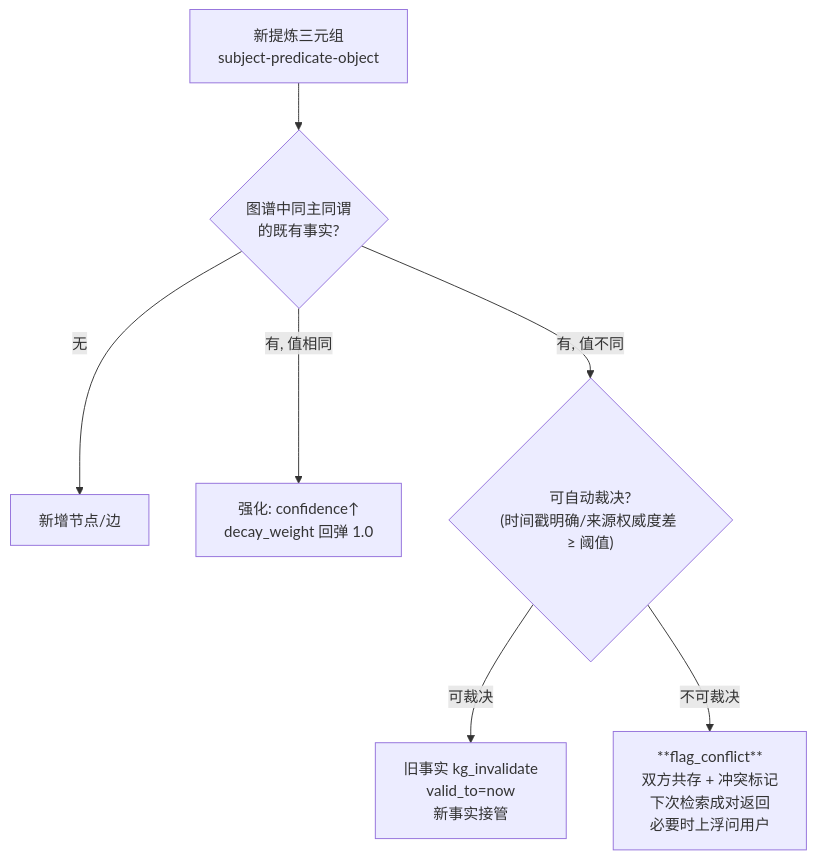
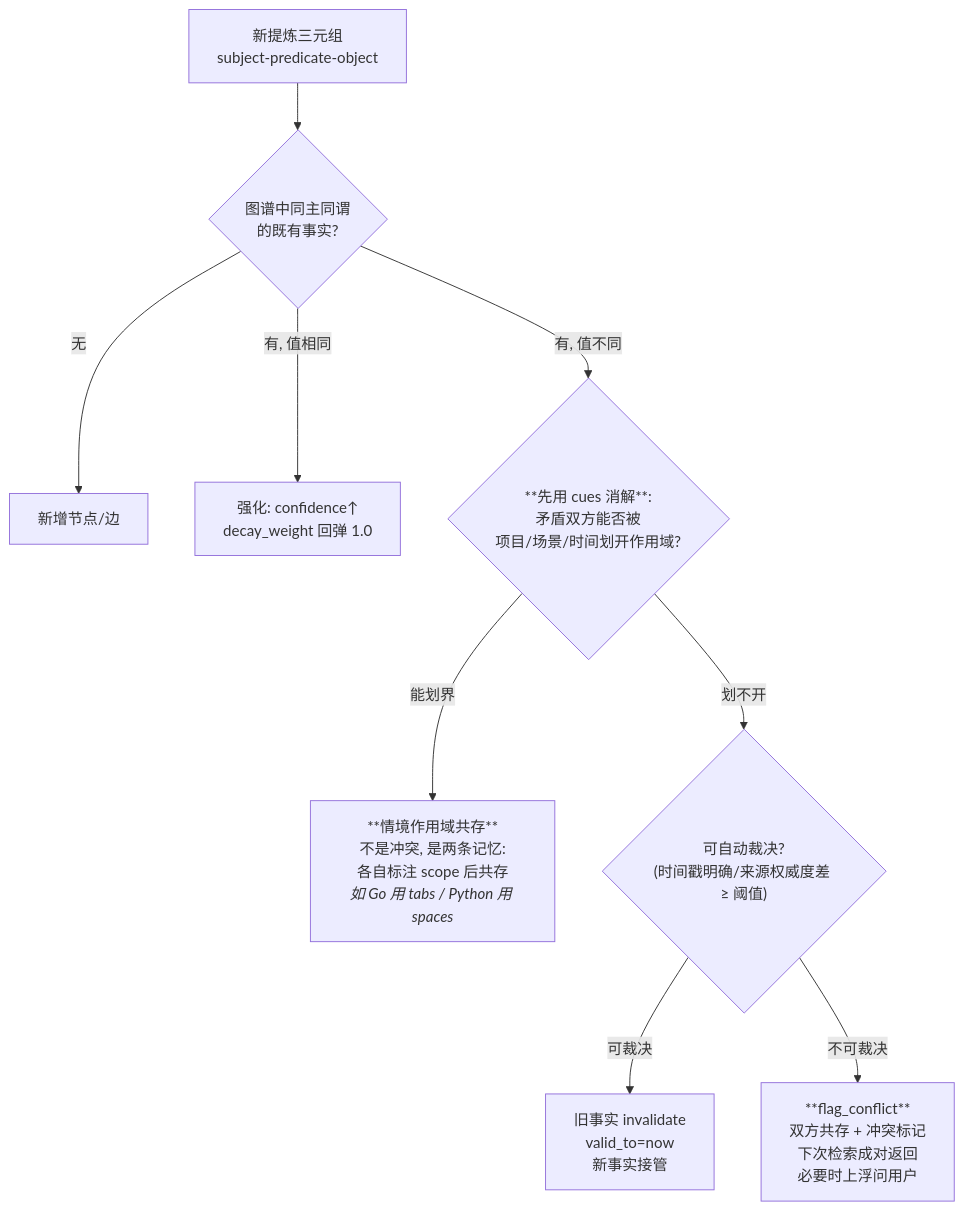
Before and after one commit to MnemoSeed/mnemoseed: the fifth of 7 diagrams in docs/design/01-记忆管线五阶段.md, drawn with Mermaid. The commit also changed other lines of this file and 7 other files, not shown here.

````diff
--- a/docs/design/01-记忆管线五阶段.md
+++ b/docs/design/01-记忆管线五阶段.md
@@ -158,9 +171,11 @@
 ```mermaid
 flowchart TB
     New["新提炼三元组<br/>subject-predicate-object"] --> Cmp{"图谱中同主同谓<br/>的既有事实?"}
     Cmp -->|"无"| Add["新增节点/边"]
     Cmp -->|"有, 值相同"| Reinforce["强化: confidence↑<br/>decay_weight 回弹 1.0"]
-    Cmp -->|"有, 值不同"| Judge{"可自动裁决?<br/>(时间戳明确/来源权威度差 ≥ 阈值)"}
-    Judge -->|"可裁决"| Invalidate["旧事实 kg_invalidate<br/>valid_to=now<br/>新事实接管"]
+    Cmp -->|"有, 值不同"| Scope{"**先用 cues 消解**:<br/>矛盾双方能否被<br/>项目/场景/时间划开作用域?"}
+    Scope -->|"能划界"| Coexist["**情境作用域共存**<br/>不是冲突, 是两条记忆:<br/>各自标注 scope 后共存<br/><i>如 Go 用 tabs / Python 用 spaces</i>"]
+    Scope -->|"划不开"| Judge{"可自动裁决?<br/>(时间戳明确/来源权威度差 ≥ 阈值)"}
+    Judge -->|"可裁决"| Invalidate["旧事实 invalidate<br/>valid_to=now<br/>新事实接管"]
     Judge -->|"不可裁决"| Flag["**flag_conflict**<br/>双方共存 + 冲突标记<br/>下次检索成对返回<br/>必要时上浮问用户"]
 ```
````
